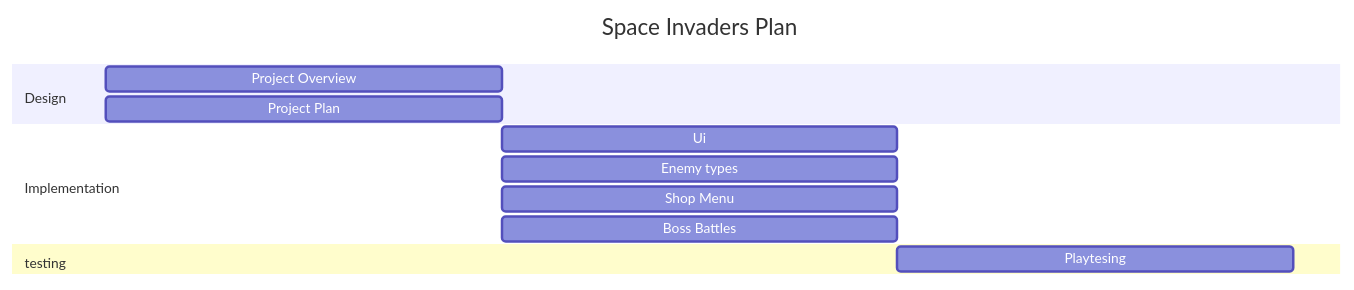
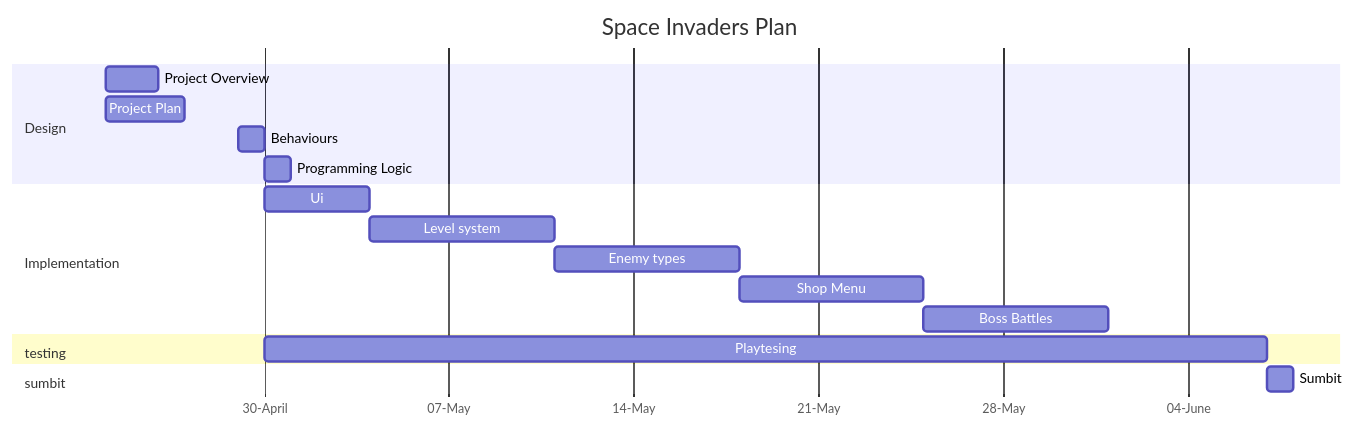
Before and after one commit to 0717436/space-invaders-2: the second of 2 diagrams in design.md, drawn with Mermaid. The commit also changed other lines of this file, not shown here.

Commit message:
Gantt chart and User Journey

````diff
--- a/design.md
+++ b/design.md
@@ -32,20 +49,26 @@
 ```mermaid
 gantt
     title Space Invaders Plan
-    dateFormat DD-MM-YY
-    axisFormat %d-%B
-    tickInterval 1week
+dateFormat DD-MM-YY
+axisFormat %d-%B
+tickInterval 1week
 
-    section Design
-    Project Overview:05-04-23, 1d
-    Project Plan:05-04-23, 1d
-    
-    section Implementation
-    Ui:06-04-23, 1d
-    Enemy types:06-04-23, 1d
-    Shop Menu:06-04-23, 1d
-    Boss Battles:06-04-23, 1d
+section Design
+Project Overview: 24-04-23, 26-04-23
+Project Plan: 24-04-23, 27-04-23
+Behaviours: 29-04-23, 1d
+Programming Logic: 30-04-23, 1d 
 
-    section testing
-    Playtesing:07-04-23, 1d
+section Implementation
+Ui: 30-04-23, 04-05-23
+Level system: 04-05-23, 11-05-23
+Enemy types: 11-05-23, 18-05-23
+Shop Menu: 18-05-23, 25-05-23
+Boss Battles: 25-05-23, 7d
+
+section testing
+Playtesing: 30-04-23, 07-06-23
+
+section sumbit
+Sumbit: 07-06-23, 1d
 ```
````
